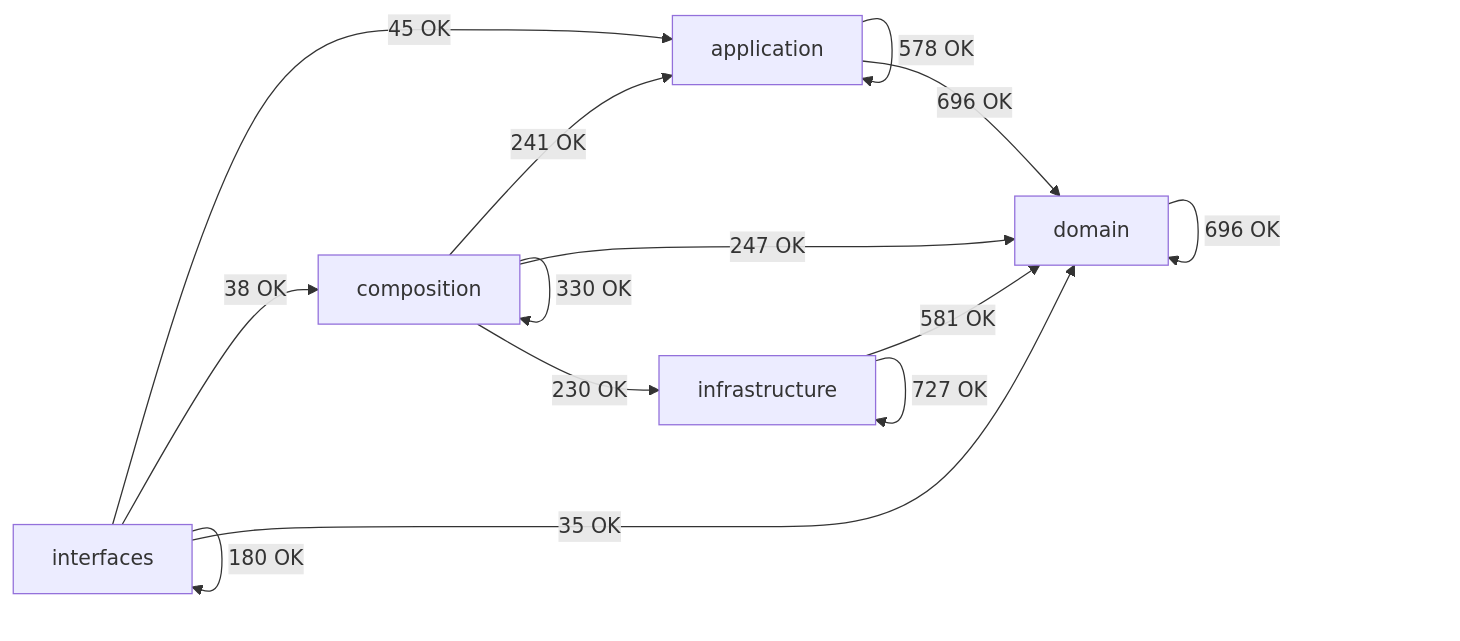
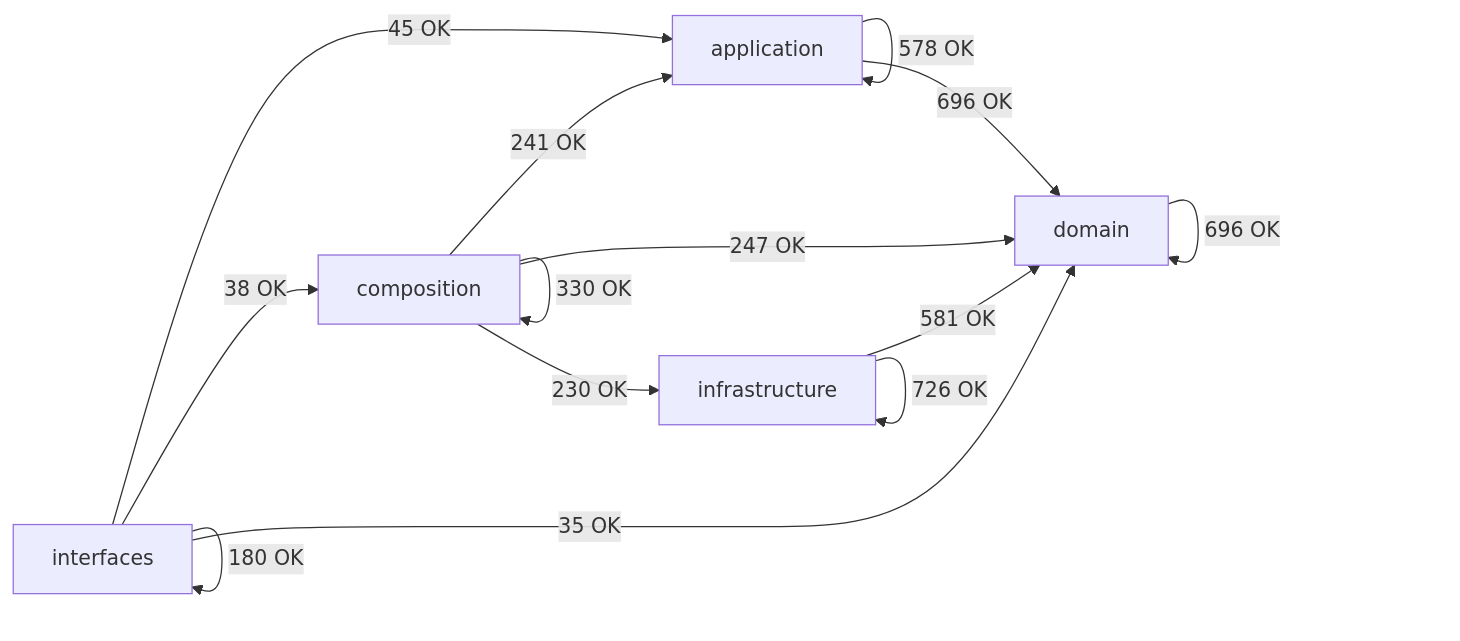
Before and after one commit to SatoryKono/BioactivityDataAcquisition: the diagram in docs/02-architecture/generated/module-dependency-map.md, drawn with Mermaid. The commit also changed other lines of this file and 16 other files, not shown here.

````diff
--- a/docs/02-architecture/generated/module-dependency-map.md
+++ b/docs/02-architecture/generated/module-dependency-map.md
@@ -16,21 +16,21 @@
 ```mermaid
 flowchart LR
     domain[domain]
     application[application]
     infrastructure[infrastructure]
     composition[composition]
     interfaces[interfaces]
     application -->|578 OK| application
     application -->|696 OK| domain
     composition -->|241 OK| application
     composition -->|330 OK| composition
     composition -->|247 OK| domain
     composition -->|230 OK| infrastructure
     domain -->|696 OK| domain
     infrastructure -->|581 OK| domain
-    infrastructure -->|727 OK| infrastructure
+    infrastructure -->|726 OK| infrastructure
     interfaces -->|45 OK| application
     interfaces -->|38 OK| composition
     interfaces -->|35 OK| domain
     interfaces -->|180 OK| interfaces
 ```
````
